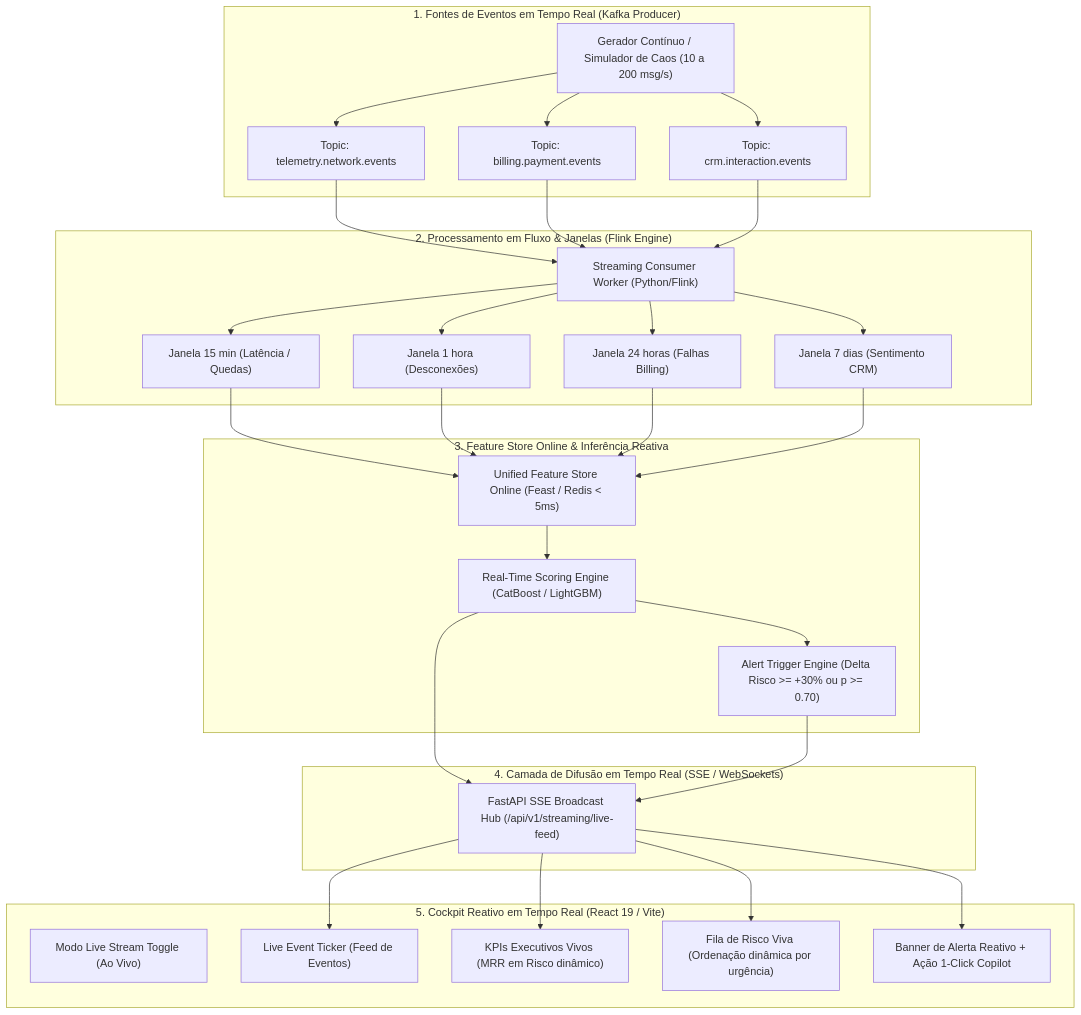
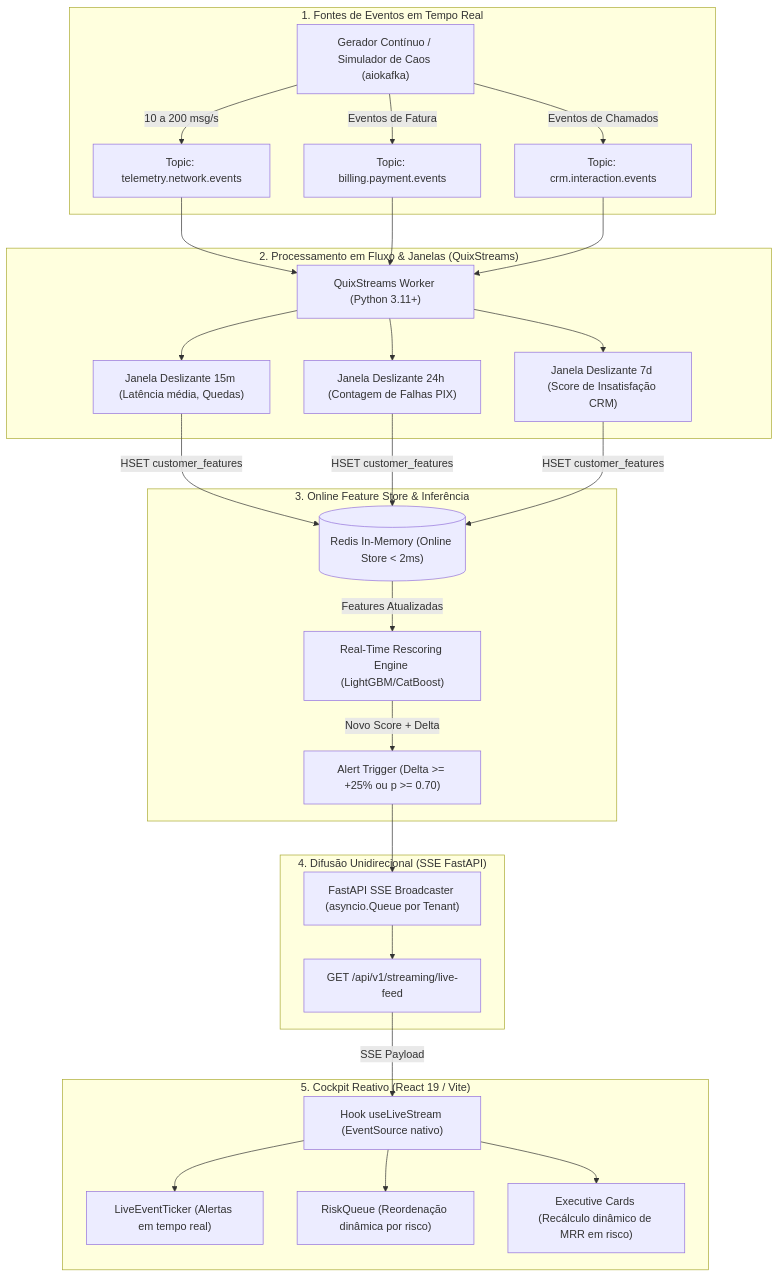
One commit to henriquebotelhogomes/telco_churn changed the diagram in docs/PRD_LIVE_STREAMING_REALTIME.md. Above: the diagram before and after it, drawn with Mermaid. The commit also changed other lines of this file, not shown here.

Commit message:
docs(prd): atualiza PRD de Live Streaming para v2.0.0 com arquitetura definitiva Redpanda, QuixStreams e Redis

````diff
--- a/docs/PRD_LIVE_STREAMING_REALTIME.md
+++ b/docs/PRD_LIVE_STREAMING_REALTIME.md
@@ -26,60 +41,58 @@
 ```mermaid
 graph TD
-    subgraph EventSources["1. Fontes de Eventos em Tempo Real (Kafka Producer)"]
-        GEN["Gerador Contínuo / Simulador de Caos (10 a 200 msg/s)"]
+    subgraph EventSources["1. Fontes de Eventos em Tempo Real"]
+        GEN["Gerador Contínuo / Simulador de Caos (aiokafka)"]
         TOPIC_NET["Topic: telemetry.network.events"]
         TOPIC_BILL["Topic: billing.payment.events"]
         TOPIC_CRM["Topic: crm.interaction.events"]
-        GEN --> TOPIC_NET
-        GEN --> TOPIC_BILL
-        GEN --> TOPIC_CRM
+        GEN -->|10 a 200 msg/s| TOPIC_NET
+        GEN -->|Eventos de Fatura| TOPIC_BILL
+        GEN -->|Eventos de Chamados| TOPIC_CRM
     end
 
-    subgraph StreamEngine["2. Processamento em Fluxo & Janelas (Flink Engine)"]
-        WORKER["Streaming Consumer Worker (Python/Flink)"]
-        WIN_15M["Janela 15 min (Latência / Quedas)"]
-        WIN_1H["Janela 1 hora (Desconexões)"]
-        WIN_24H["Janela 24 horas (Falhas Billing)"]
-        WIN_7D["Janela 7 dias (Sentimento CRM)"]
+    subgraph StreamEngine["2. Processamento em Fluxo & Janelas (QuixStreams)"]
+        WORKER["QuixStreams Worker (Python 3.11+)"]
+        WIN_NET["Janela Deslizante 15m (Latência média, Quedas)"]
+        WIN_BILL["Janela Deslizante 24h (Contagem de Falhas PIX)"]
+        WIN_CRM["Janela Deslizante 7d (Score de Insatisfação CRM)"]
         
         TOPIC_NET --> WORKER
         TOPIC_BILL --> WORKER
         TOPIC_CRM --> WORKER
-        WORKER --> WIN_15M
-        WORKER --> WIN_1H
-        WORKER --> WIN_24H
-        WORKER --> WIN_7D
+        WORKER --> WIN_NET
+        WORKER --> WIN_BILL
+        WORKER --> WIN_CRM
     end
 
-    subgraph FeatureAndScoring["3. Feature Store Online & Inferência Reativa"]
-        FS_ONLINE["Unified Feature Store Online (Feast / Redis < 5ms)"]
-        INFER["Real-Time Scoring Engine (CatBoost / LightGBM)"]
-        ALERTS["Alert Trigger Engine (Delta Risco >= +30% ou p >= 0.70)"]
+    subgraph OnlineFeatureStore["3. Online Feature Store & Inferência"]
+        REDIS[("Redis In-Memory (Online Store < 2ms)")]
+        INFER["Real-Time Rescoring Engine (LightGBM/CatBoost)"]
+        ALERT_ENGINE["Alert Trigger (Delta >= +25% ou p >= 0.70)"]
         
-        WIN_15M --> FS_ONLINE
-        WIN_1H --> FS_ONLINE
-        WIN_24H --> FS_ONLINE
-        WIN_7D --> FS_ONLINE
-        FS_ONLINE --> INFER
-        INFER --> ALERTS
+        WIN_NET -->|HSET customer_features| REDIS
+        WIN_BILL -->|HSET customer_features| REDIS
+        WIN_CRM -->|HSET customer_features| REDIS
+        REDIS -->|Features Atualizadas| INFER
+        INFER -->|Novo Score + Delta| ALERT_ENGINE
     end
 
-    subgraph BroadcastLayer["4. Camada de Difusão em Tempo Real (SSE / WebSockets)"]
-        SSE["FastAPI SSE Broadcast Hub (/api/v1/streaming/live-feed)"]
-        INFER --> SSE
-        ALERTS --> SSE
+    subgraph DiffusionLayer["4. Difusão Unidirecional (SSE FastAPI)"]
+        BROADCASTER["FastAPI SSE Broadcaster (asyncio.Queue por Tenant)"]
+        ENDPOINT["GET /api/v1/streaming/live-feed"]
+        
+        ALERT_ENGINE --> BROADCASTER
+        BROADCASTER --> ENDPOINT
     end
 
-    subgraph FrontendCockpit["5. Cockpit Reativo em Tempo Real (React 19 / Vite)"]
-        UI_TOGGLE["Modo Live Stream Toggle (Ao Vivo)"]
-        UI_TICKER["Live Event Ticker (Feed de Eventos)"]
-        UI_GAUGE["KPIs Executivos Vivos (MRR em Risco dinâmico)"]
-        UI_QUEUE["Fila de Risco Viva (Ordenação dinâmica por urgência)"]
-        UI_ALERT["Banner de Alerta Reativo + Ação 1-Click Copilot"]
+    subgraph FrontendCockpit["5. Cockpit Reativo (React 19 / Vite)"]
+        HOOK["Hook useLiveStream (EventSource nativo)"]
+        TICKER["LiveEventTicker (Alertas em tempo real)"]
+        QUEUE["RiskQueue (Reordenação dinâmica por risco)"]
+        KPIS["Executive Cards (Recálculo dinâmico de MRR em risco)"]
         
-        SSE --> UI_TICKER
-        SSE --> UI_GAUGE
-        SSE --> UI_QUEUE
-        SSE --> UI_ALERT
+        ENDPOINT -->|SSE Payload| HOOK
+        HOOK --> TICKER
+        HOOK --> QUEUE
+        HOOK --> KPIS
     end
 ```
````
